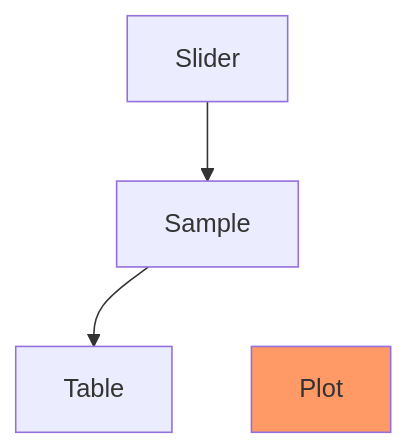
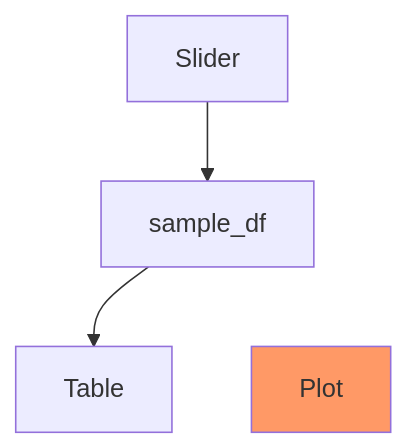
Diagram 16 of 19 in docs/reactivity-calc-slides.qmd (posit-dev/intro-to-shiny-for-python), drawn with Mermaid before and after one commit. The commit also changed other lines of this file and 21 other files, not shown here.

````diff
--- a/docs/reactivity-calc-slides.qmd
+++ b/docs/reactivity-calc-slides.qmd
@@ -285,9 +289,9 @@
 ```{mermaid}
 flowchart TD
-  Sl[Slider] --> S[Sample]
+  Sl[Slider] --> S[sample_df]
   S --> T[Table]
   S --> P[Plot]:::changed
   
   classDef changed fill:#f96
   linkStyle 2 display:none
 ```
````
